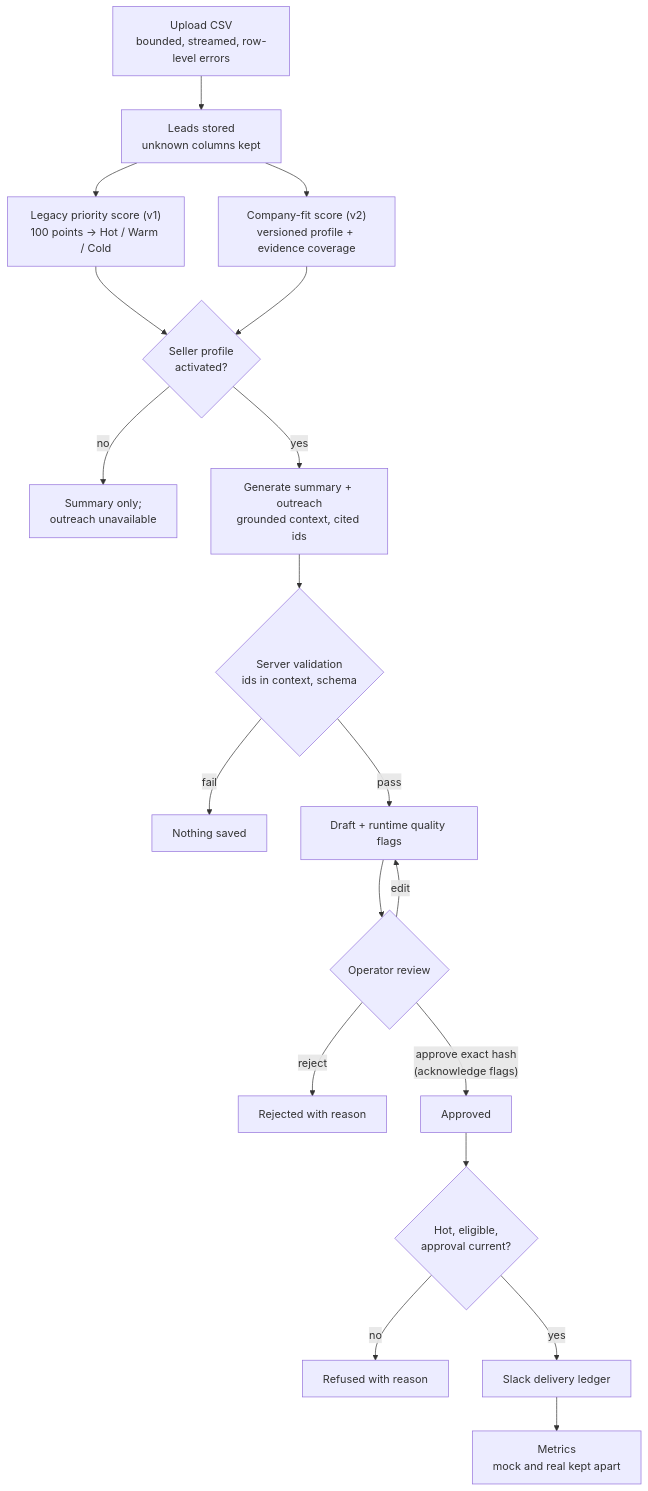
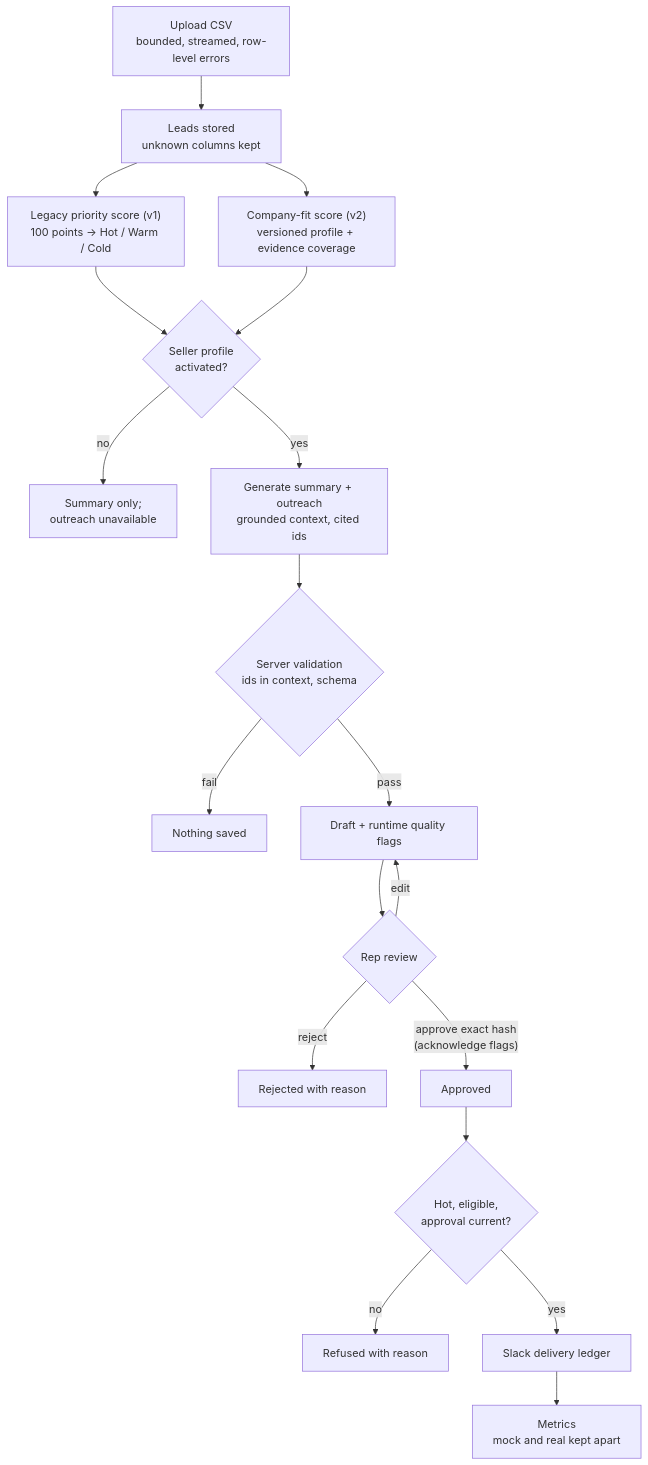
Before and after one commit to AhmedKamal-41/gtmflow-ai: the second of 5 diagrams in README.md, drawn with Mermaid. The commit also changed other lines of this file, not shown here.

Commit message:
README: bring every section up to date with the rep redesign and the fine-tuned drafting model

````diff
--- a/README.md
+++ b/README.md
@@ -202,21 +208,21 @@
 ```mermaid
 flowchart TD
     A["Upload CSV<br/>bounded, streamed, row-level errors"] --> B["Leads stored<br/>unknown columns kept"]
     B --> C["Legacy priority score (v1)<br/>100 points → Hot / Warm / Cold"]
     B --> D["Company-fit score (v2)<br/>versioned profile + evidence coverage"]
     C --> E{"Seller profile<br/>activated?"}
     D --> E
     E -->|no| E1["Summary only;<br/>outreach unavailable"]
     E -->|yes| F["Generate summary + outreach<br/>grounded context, cited ids"]
     F --> G{"Server validation<br/>ids in context, schema"}
     G -->|fail| G1["Nothing saved"]
     G -->|pass| H["Draft + runtime quality flags"]
-    H --> I{"Operator review"}
+    H --> I{"Rep review"}
     I -->|reject| I1["Rejected with reason"]
     I -->|edit| H
     I -->|"approve exact hash<br/>(acknowledge flags)"| J["Approved"]
     J --> K{"Hot, eligible,<br/>approval current?"}
     K -->|no| K1["Refused with reason"]
     K -->|yes| L["Slack delivery ledger"]
     L --> M["Metrics<br/>mock and real kept apart"]
 ```
````
